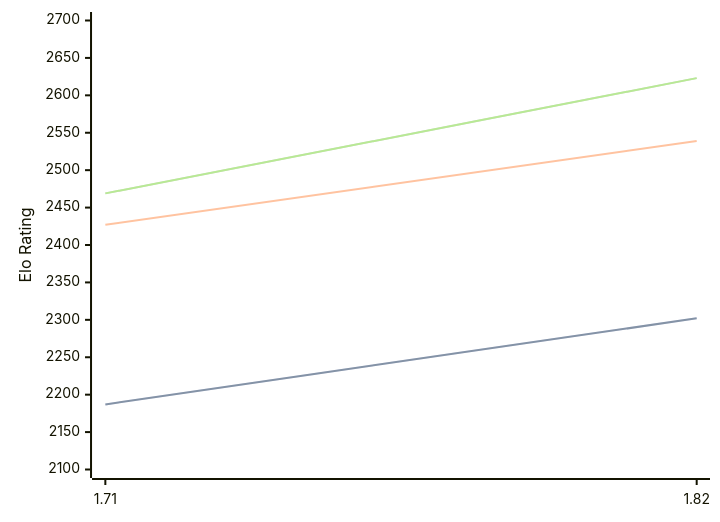
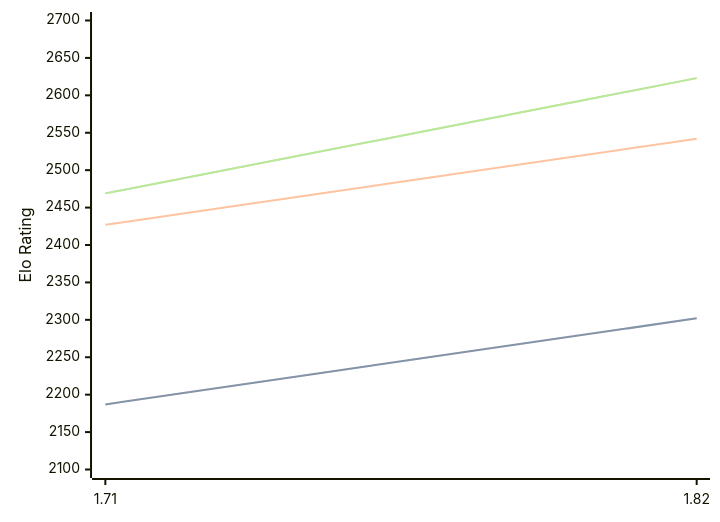
One commit to computer-chess-index/cci changed the diagram in engines/Amira.md. Above: the diagram before and after it, drawn with Mermaid. The commit also changed other lines of this file, not shown here.

````diff
--- a/engines/Amira.md
+++ b/engines/Amira.md
@@ -32,11 +32,11 @@
 ```mermaid
 %%{init: {"theme":"base","themeVariables":{"seriesColors:['#a3a3a3','#222221','#faa371']}}}%%
 xychart-beta
   x-axis ["1.71", "1.82"]
   y-axis "Elo Rating" 2100 --> 2700
   line "" [2187, 2302]
   line "STC (8.0+0.08s)" [2187, 2302]
-  line "LTC (60.0+0.60s)" [2427, 2539]
+  line "LTC (60.0+0.60s)" [2427, 2542]
   line "" [2469, 2623]
   line "VLTC (2m24s+1.12s)" [2469, 2623]
 ```
````
